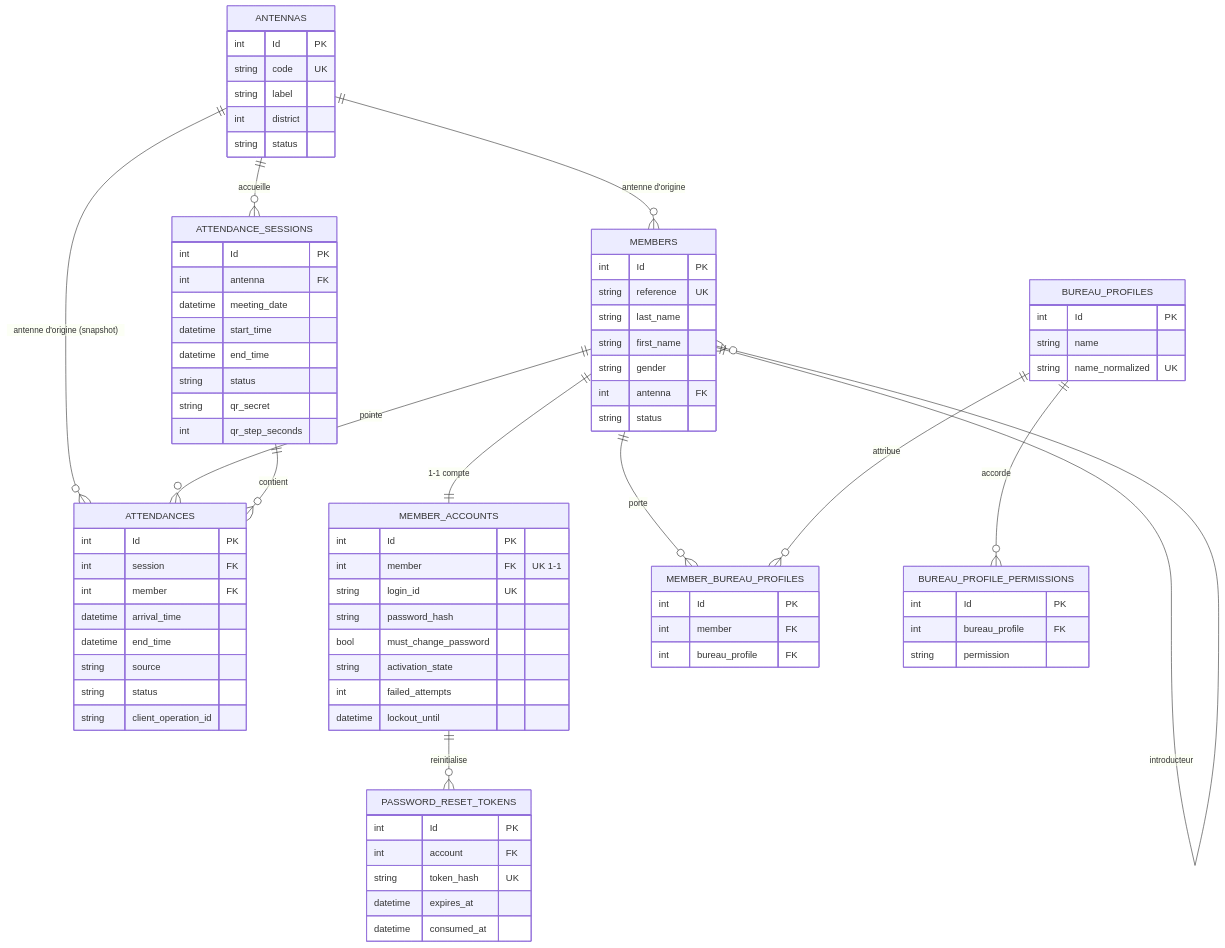
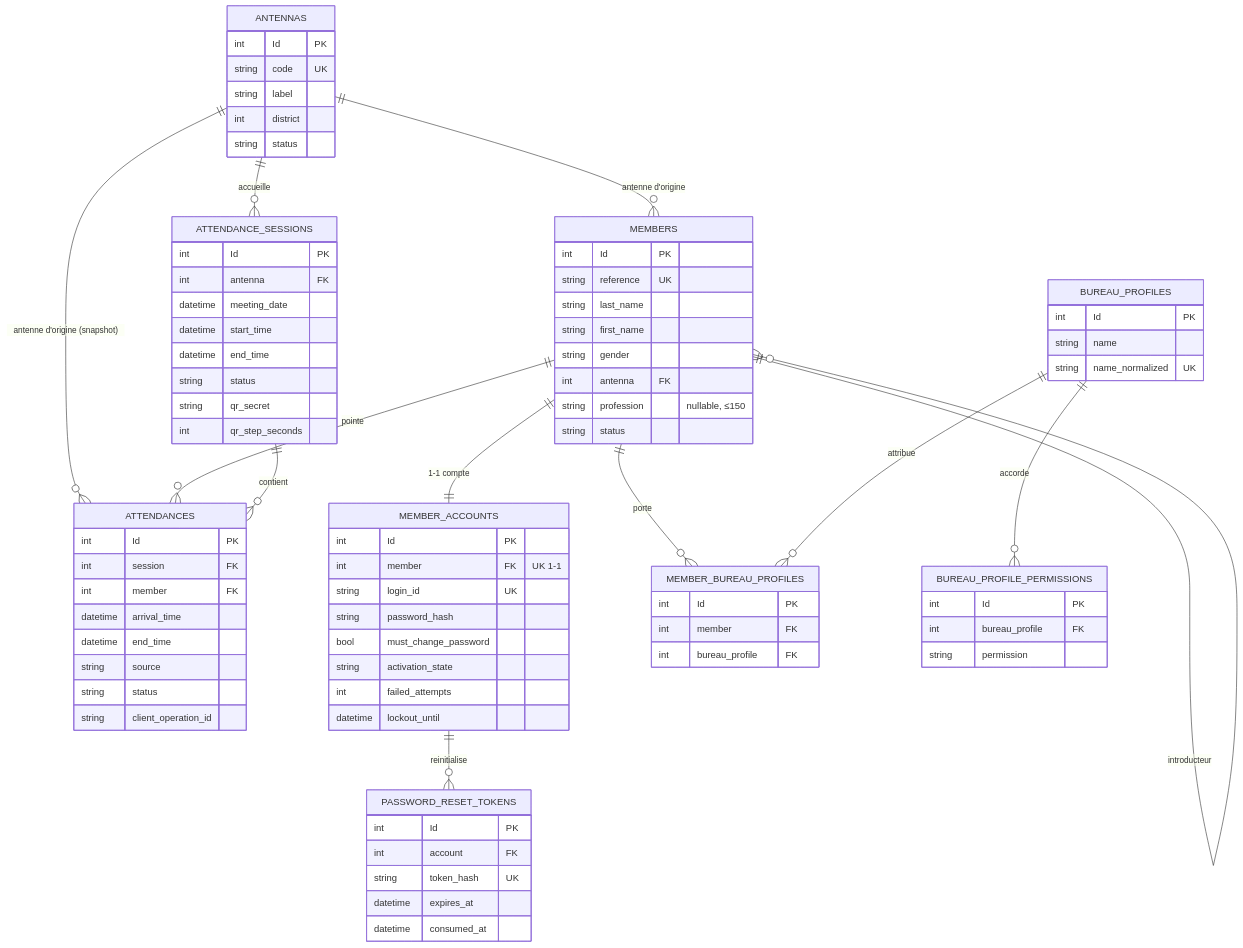
The diagram in docs/audit/03-modele-donnees.md (kiboMarcel/lumineux), drawn with Mermaid before and after one commit. The commit also changed other lines of this file and 30 other files, not shown here.

```diff
--- a/docs/audit/03-modele-donnees.md
+++ b/docs/audit/03-modele-donnees.md
@@ -47,6 +47,7 @@
         string first_name
         string gender
         int antenna FK
+        string profession "nullable, ≤150"
         string status
     }
     MEMBER_ACCOUNTS {
```
